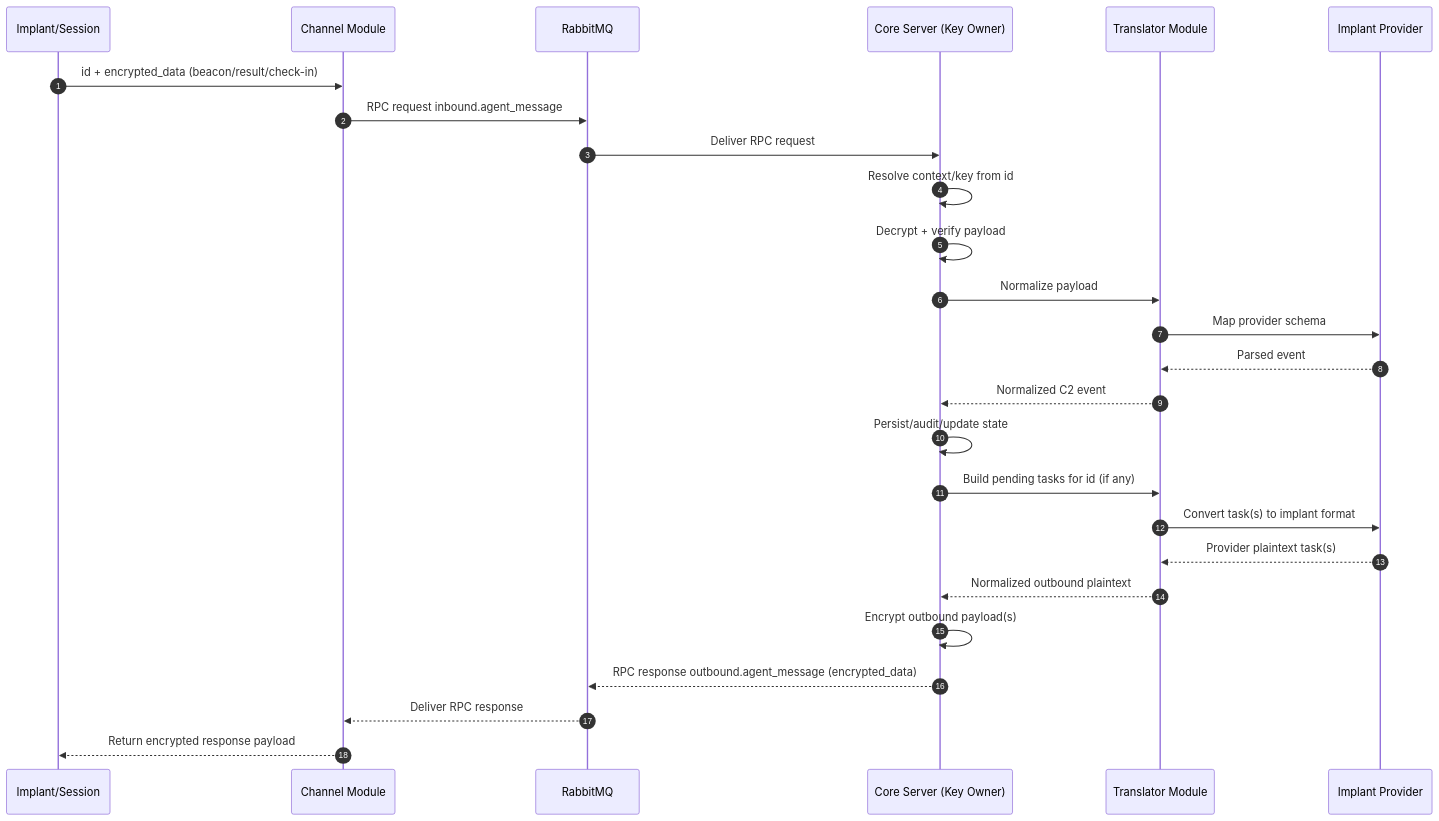
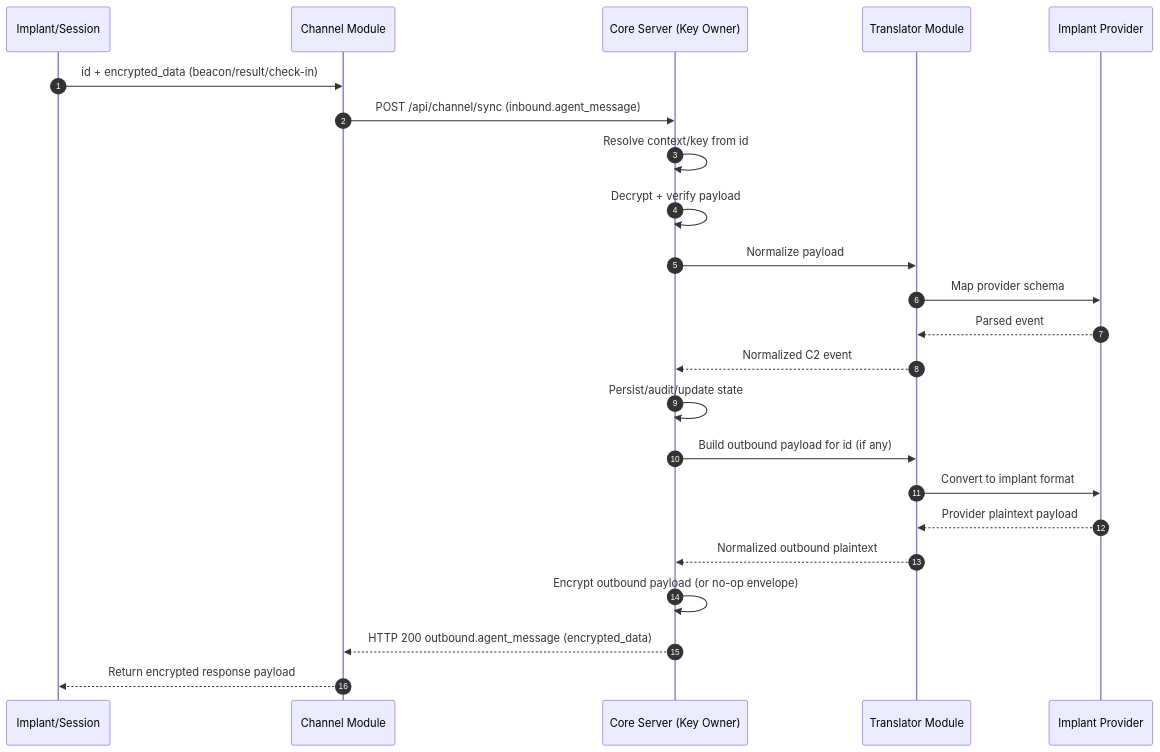
Before and after one commit to vibe-c2/vibe-c2-docs: the diagram in docs/message-flow.md, drawn with Mermaid. The commit also changed other lines of this file and 4 other files, not shown here.

Commit message:
Refactor channel-core sync to HTTP endpoint model

````diff
--- a/docs/message-flow.md
+++ b/docs/message-flow.md
@@ -7,30 +7,27 @@
 ```mermaid
 sequenceDiagram
     autonumber
     participant I as Implant/Session
     participant CH as Channel Module
-    participant MQ as RabbitMQ
     participant CS as Core Server (Key Owner)
     participant TR as Translator Module
     participant IP as Implant Provider
 
     I->>CH: id + encrypted_data (beacon/result/check-in)
-    CH->>MQ: RPC request inbound.agent_message
-    MQ->>CS: Deliver RPC request
+    CH->>CS: POST /api/channel/sync (inbound.agent_message)
     CS->>CS: Resolve context/key from id
     CS->>CS: Decrypt + verify payload
     CS->>TR: Normalize payload
     TR->>IP: Map provider schema
     IP-->>TR: Parsed event
     TR-->>CS: Normalized C2 event
     CS->>CS: Persist/audit/update state
 
-    CS->>TR: Build pending tasks for id (if any)
-    TR->>IP: Convert task(s) to implant format
-    IP-->>TR: Provider plaintext task(s)
+    CS->>TR: Build outbound payload for id (if any)
+    TR->>IP: Convert to implant format
+    IP-->>TR: Provider plaintext payload
     TR-->>CS: Normalized outbound plaintext
-    CS->>CS: Encrypt outbound payload(s)
-    CS-->>MQ: RPC response outbound.agent_message (encrypted_data)
-    MQ-->>CH: Deliver RPC response
+    CS->>CS: Encrypt outbound payload (or no-op envelope)
+    CS-->>CH: HTTP 200 outbound.agent_message (encrypted_data)
     CH-->>I: Return encrypted response payload
 ```
````
